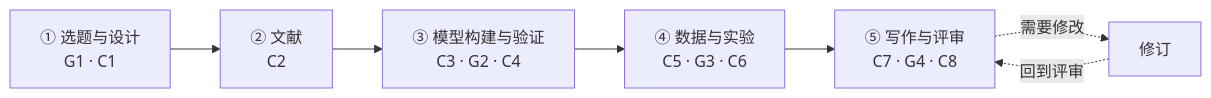
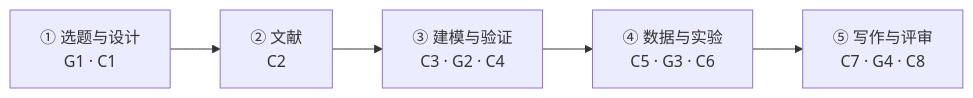
The diagram in README.md (52wangnan/52wangnan), drawn with Mermaid before and after one commit. The commit also changed other lines of this file, not shown here.

Commit message:
Simplify MARS pipeline diagram
Drop the revision node whose edge labels overlapped on GitHub; describe
the revision loop in the caption instead.

````diff
--- a/README.md
+++ b/README.md
@@ -35,9 +35,7 @@
 ```mermaid
 flowchart LR
     P1["① 选题与设计<br/>G1 · C1"] --> P2["② 文献<br/>C2"]
-    P2 --> P3["③ 模型构建与验证<br/>C3 · G2 · C4"]
+    P2 --> P3["③ 建模与验证<br/>C3 · G2 · C4"]
     P3 --> P4["④ 数据与实验<br/>C5 · G3 · C6"]
     P4 --> P5["⑤ 写作与评审<br/>C7 · G4 · C8"]
-    P5 -. 需要修改 .-> R["修订"]
-    R -. 回到评审 .-> P5
 ```
````
